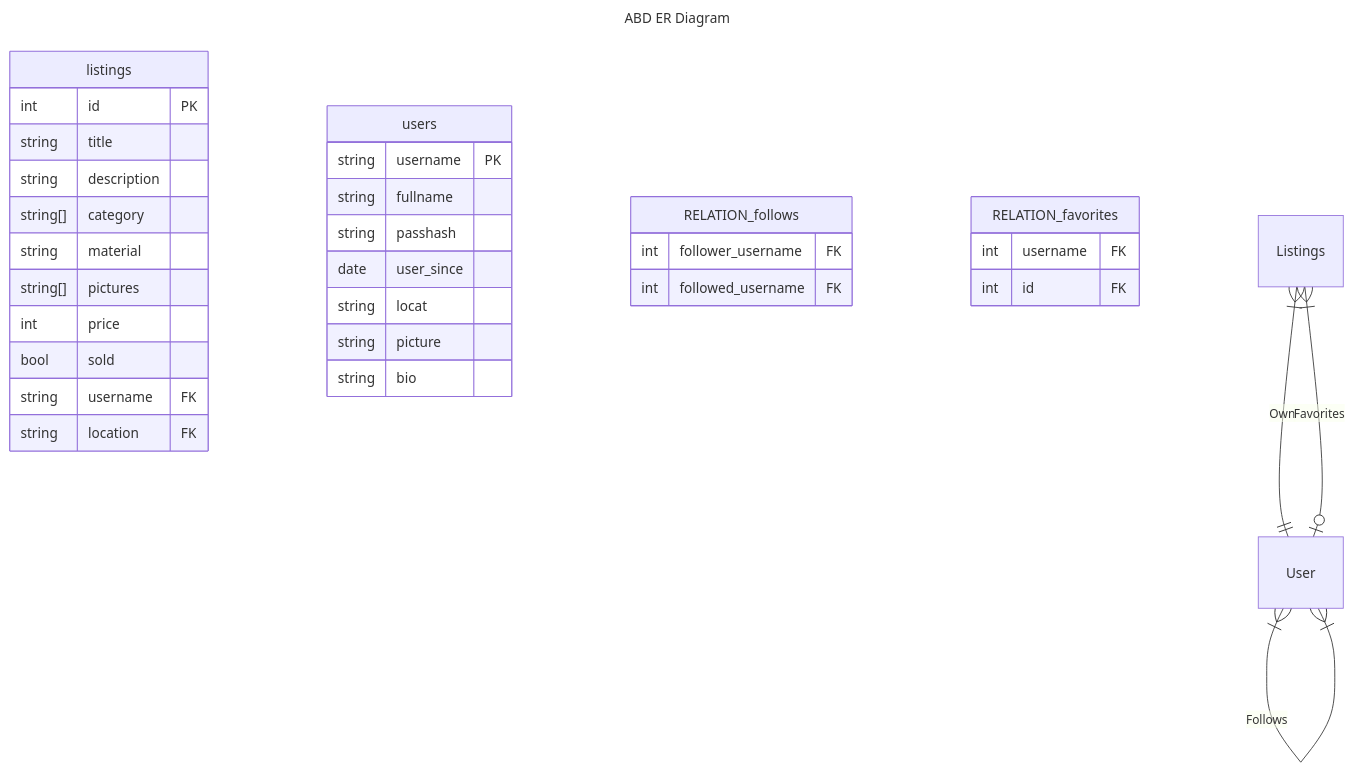
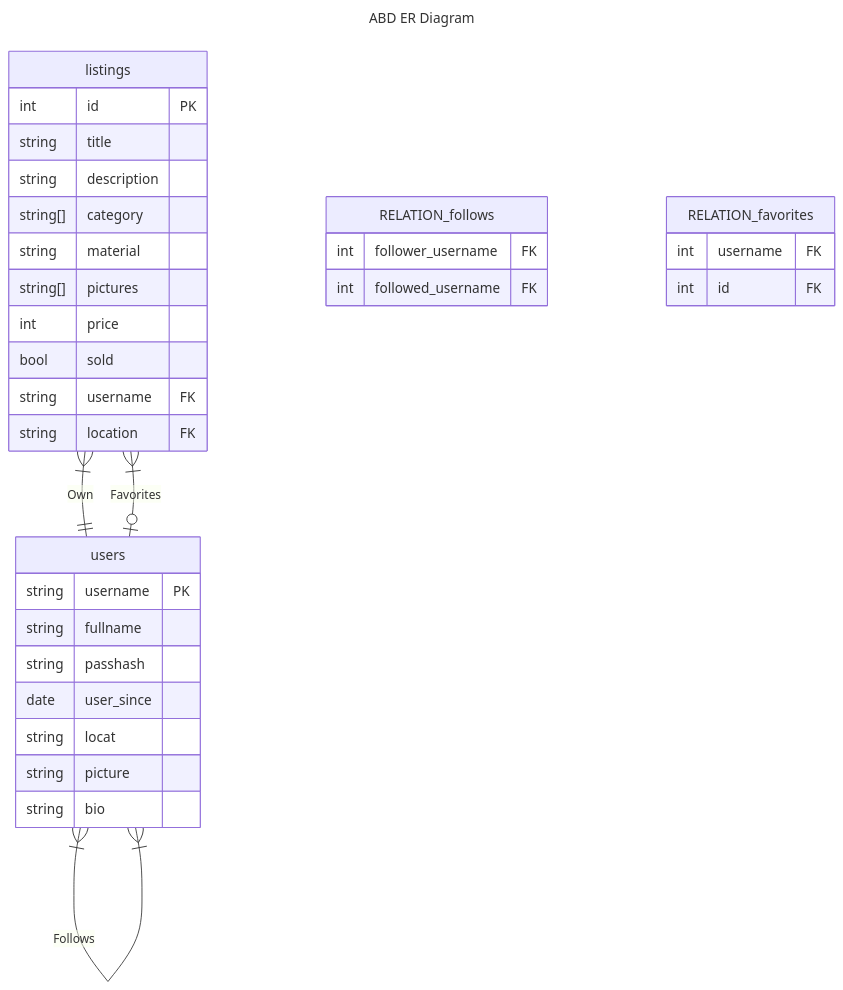
The diagram in README.md (Nidocq/ABD_DIS-Projekt), drawn with Mermaid before and after one commit.

Commit message:
Fix relations

````diff
--- a/README.md
+++ b/README.md
@@ -44,41 +44,41 @@
 ```mermaid
 ---
 title: ABD ER Diagram
 ---
 erDiagram
 	listings {
 		int id PK
 		string title
 		string description
 		string[] category
 		string material
 		string[] pictures
 		int price
 		bool sold
 		string username FK
 		string location FK
 	}
 	users {
 		string username PK
 		string fullname 
 		string passhash
 		date user_since
 		string locat
 		string picture
         string bio
 	}
 
 	RELATION_follows {
 		int follower_username FK
 		int followed_username FK
 	}
 
 	RELATION_favorites {
 		int username FK
 		int id FK
 	}
 
-	Listings }|--|| User : Own
-	User }|--|{ User : Follows
-	User |o--|{ Listings : Favorites
+	listings }|--|| users : Own
+	users }|--|{ users : Follows
+	users |o--|{ listings : Favorites
 ```
````
